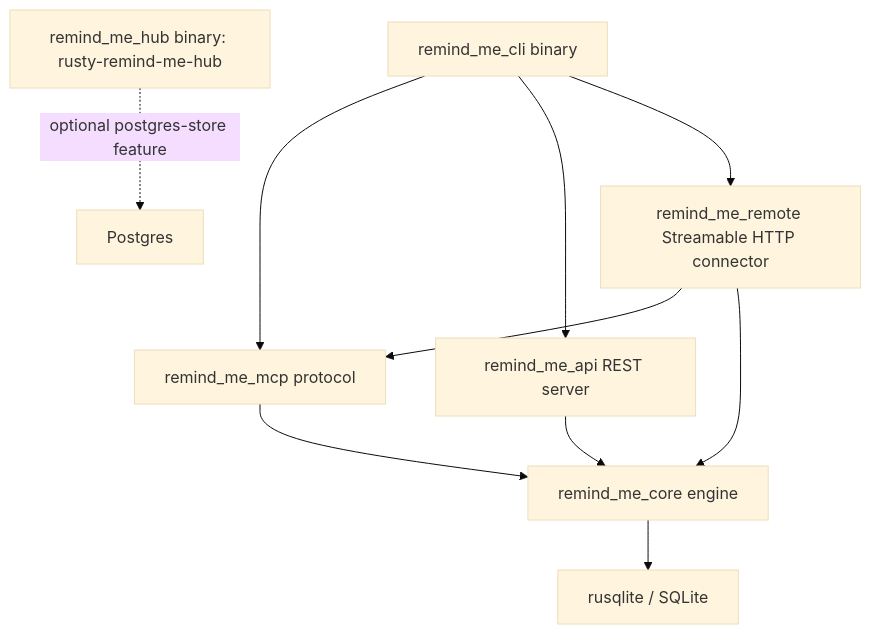
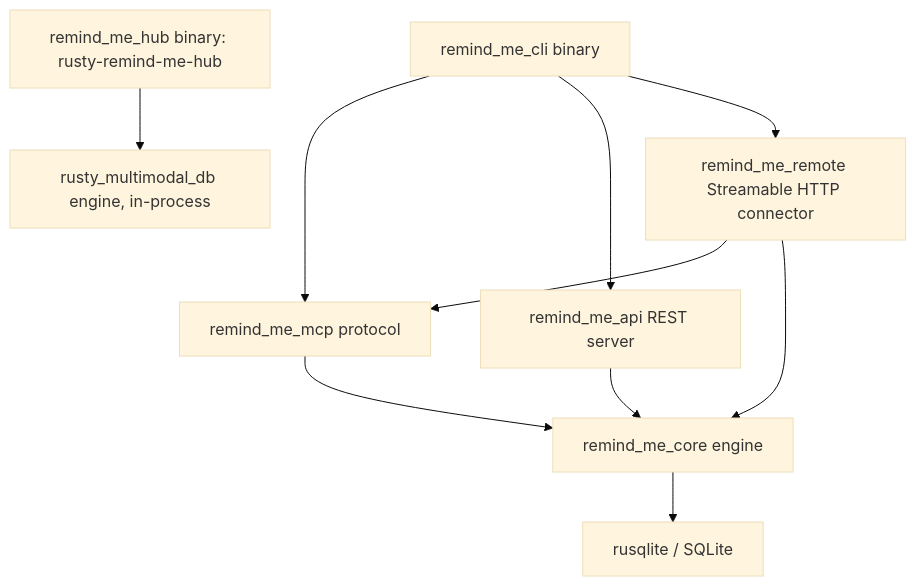
Before and after one commit to Rusty-Mill/rusty_mill: the diagram in crates/apps/rusty_remind_me/ARCHITECTURE.md, drawn with Mermaid (base theme). The commit also changed other lines of this file and 58 other files, not shown here.

First line of the commit message:
remind_me_hub: remove the Postgres and SQLite stores (ADR-0021 phase 3)

````diff
--- a/crates/apps/rusty_remind_me/ARCHITECTURE.md
+++ b/crates/apps/rusty_remind_me/ARCHITECTURE.md
@@ -29,13 +29,13 @@
 ```mermaid
 graph TD
     CLI[remind_me_cli binary] --> MCP[remind_me_mcp protocol]
     CLI --> API[remind_me_api REST server]
     CLI --> REMOTE[remind_me_remote Streamable HTTP connector]
     MCP --> CORE[remind_me_core engine]
     API --> CORE
     REMOTE --> MCP
     REMOTE --> CORE
     HUB[remind_me_hub binary: rusty-remind-me-hub]
     CORE --> RUSQLITE[rusqlite / SQLite]
-    HUB -.->|optional postgres-store feature| POSTGRES[Postgres]
+    HUB --> ENGINE[rusty_multimodal_db engine, in-process]
 ```
````
